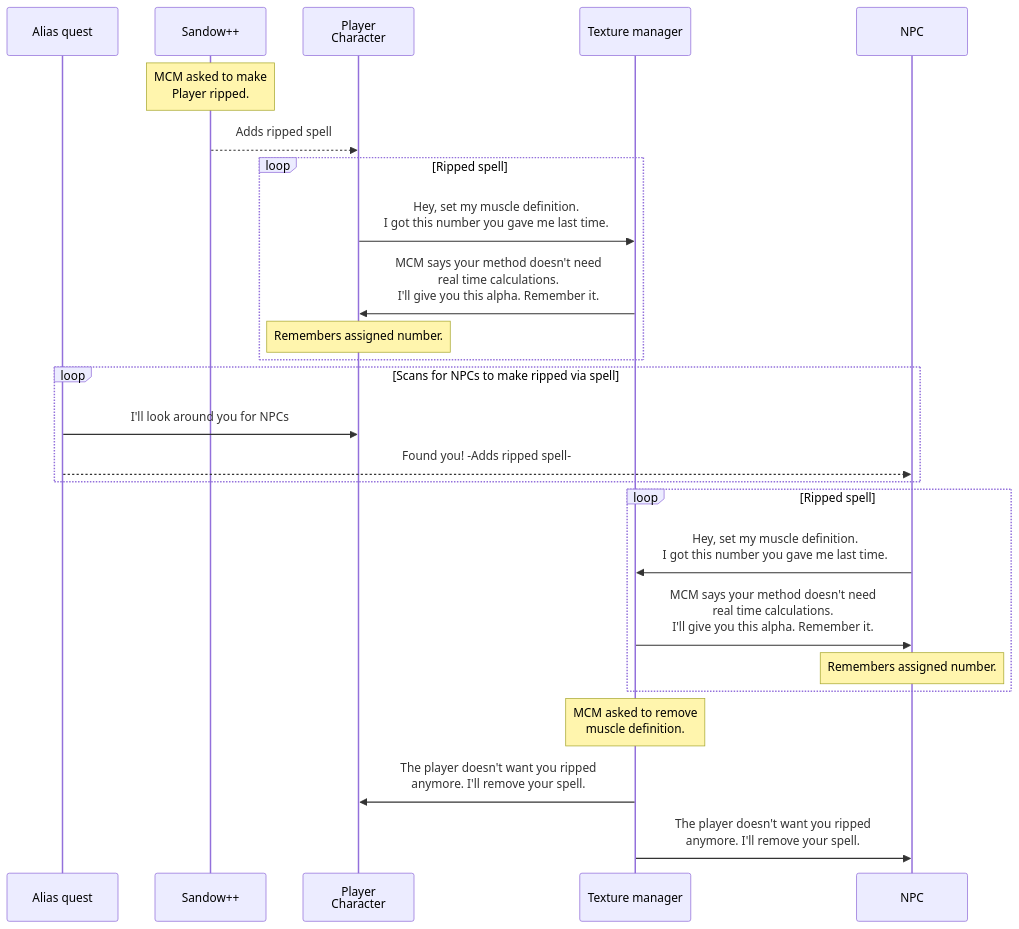
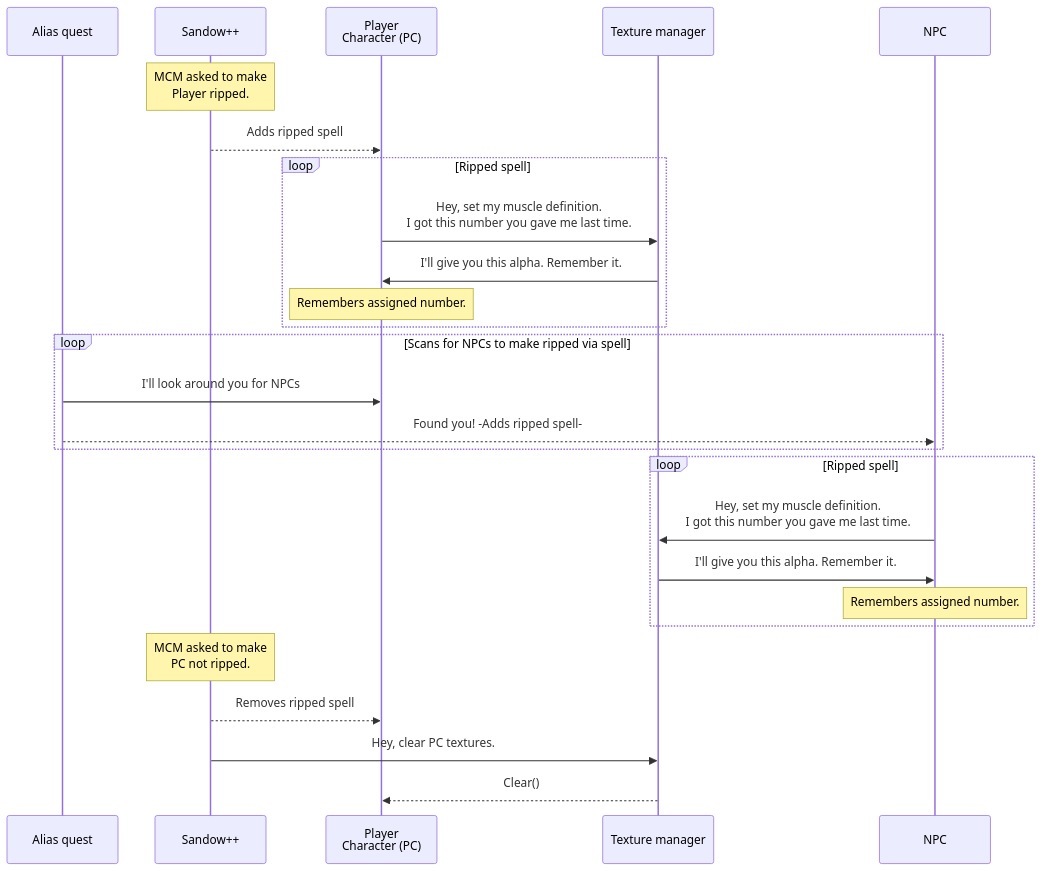
Before and after one commit to CarlosLeyvaAyala/Sandow-Plus-Plus: the diagram in docs/programmer/diagrams/ripped-system.mmd, drawn with Mermaid. The commit also changed 9 other files, not shown here.

```diff
--- a/docs/programmer/diagrams/ripped-system.mmd
+++ b/docs/programmer/diagrams/ripped-system.mmd
@@ -1,25 +1,26 @@
 sequenceDiagram
 participant A as Alias quest
 participant M as Sandow++
-participant P as Player<br>Character
+participant P as Player<br>Character (PC)
 participant T as Texture manager
 participant N as NPC
 Note over M: MCM asked to make<br>Player ripped.
 M-->>P: Adds ripped spell
 loop Ripped spell
     P->>T: Hey, set my muscle definition.<br/>I got this number you gave me last time.
-    T->>P: MCM says your method doesn't need<br>real time calculations.<br/>I'll give you this alpha. Remember it.
+    T->>P: I'll give you this alpha. Remember it.
     Note over P: Remembers assigned number.
 end
 loop Scans for NPCs to make ripped via spell
     A->>P: I'll look around you for NPCs
     A-->>N: Found you! -Adds ripped spell-
 end
 loop Ripped spell
     N->>T: Hey, set my muscle definition.<br/>I got this number you gave me last time.
-    T->>N: MCM says your method doesn't need<br>real time calculations.<br/>I'll give you this alpha. Remember it.
+    T->>N: I'll give you this alpha. Remember it.
     Note over N: Remembers assigned number.
 end
-Note over T: MCM asked to remove<br> muscle definition.
-T->>P: The player doesn't want you ripped<br>anymore. I'll remove your spell.
-T->>N: The player doesn't want you ripped<br>anymore. I'll remove your spell.
+Note over M: MCM asked to make<br>PC not ripped.
+M-->>P: Removes ripped spell
+M->>T: Hey, clear PC textures.
+T-->>P: Clear()
```
